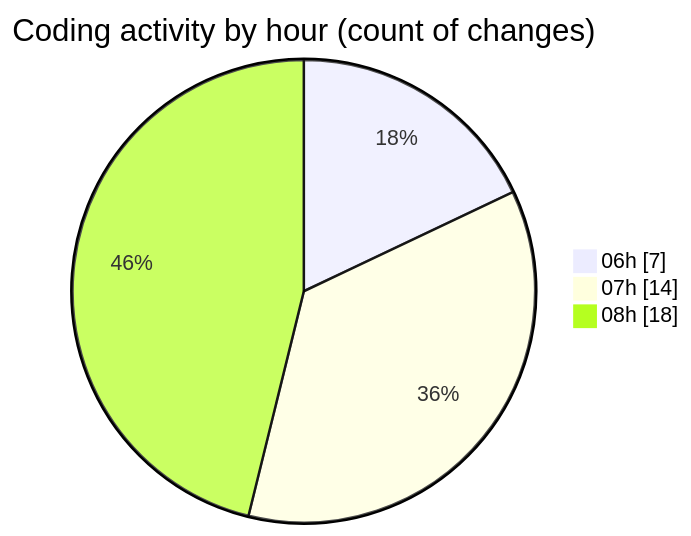
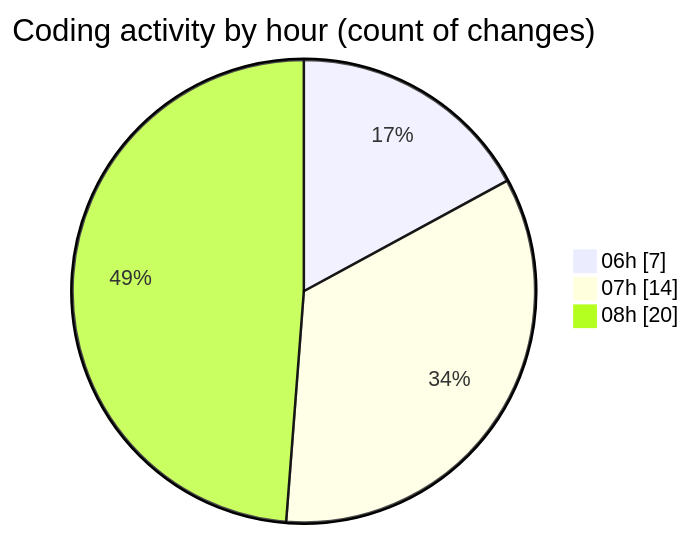
Before and after one commit to vahidmafi/code-tracking: the second of 2 diagrams in 2025-04-18/zeytoon/README.md, drawn with Mermaid. The commit also changed other lines of this file and 1 other file, not shown here.

````diff
--- a/2025-04-18/zeytoon/README.md
+++ b/2025-04-18/zeytoon/README.md
@@ -36,7 +36,7 @@
 ```mermaid
 pie showData
 title Coding activity by hour (count of changes)
 "06h" : 7
 "07h" : 14
-"08h" : 18
+"08h" : 20
 ```
````
